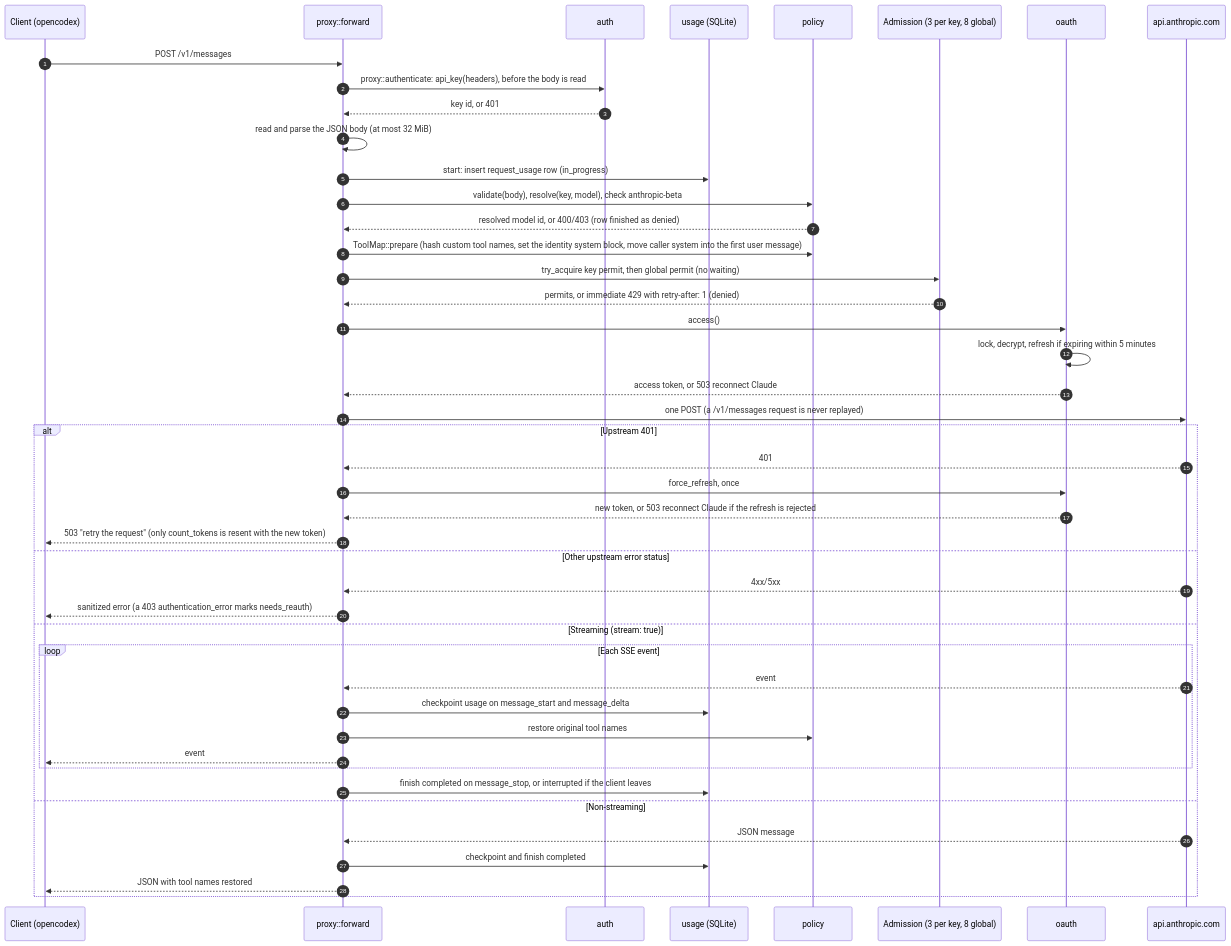
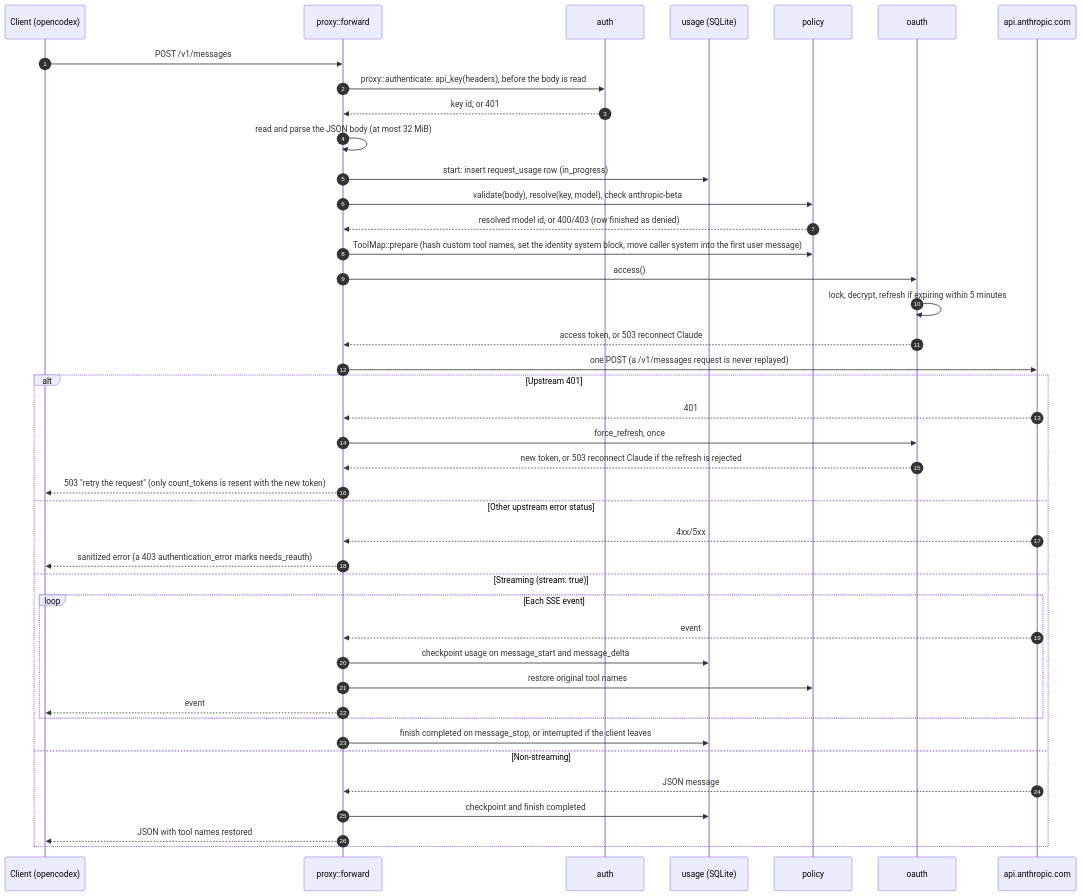
Before and after one commit to SobshDev/share_your_claude: the diagram in docs/architecture.md, drawn with Mermaid. The commit also changed other lines of this file and 9 other files, not shown here.

````diff
--- a/docs/architecture.md
+++ b/docs/architecture.md
@@ -25,48 +25,45 @@
 ```mermaid
 sequenceDiagram
     autonumber
     participant C as Client (opencodex)
     participant P as proxy::forward
     participant A as auth
     participant U as usage (SQLite)
     participant Pol as policy
-    participant S as Admission (3 per key, 8 global)
     participant O as oauth
     participant Up as api.anthropic.com
 
     C->>P: POST /v1/messages
     P->>A: proxy::authenticate: api_key(headers), before the body is read
     A-->>P: key id, or 401
     P->>P: read and parse the JSON body (at most 32 MiB)
     P->>U: start: insert request_usage row (in_progress)
     P->>Pol: validate(body), resolve(key, model), check anthropic-beta
     Pol-->>P: resolved model id, or 400/403 (row finished as denied)
     P->>Pol: ToolMap::prepare (hash custom tool names, set the identity system block, move caller system into the first user message)
-    P->>S: try_acquire key permit, then global permit (no waiting)
-    S-->>P: permits, or immediate 429 with retry-after: 1 (denied)
     P->>O: access()
     O->>O: lock, decrypt, refresh if expiring within 5 minutes
     O-->>P: access token, or 503 reconnect Claude
     P->>Up: one POST (a /v1/messages request is never replayed)
     alt Upstream 401
         Up-->>P: 401
         P->>O: force_refresh, once
         O-->>P: new token, or 503 reconnect Claude if the refresh is rejected
         P-->>C: 503 "retry the request" (only count_tokens is resent with the new token)
     else Other upstream error status
         Up-->>P: 4xx/5xx
         P-->>C: sanitized error (a 403 authentication_error marks needs_reauth)
     else Streaming (stream: true)
         loop Each SSE event
             Up-->>P: event
             P->>U: checkpoint usage on message_start and message_delta
             P->>Pol: restore original tool names
             P-->>C: event
         end
         P->>U: finish completed on message_stop, or interrupted if the client leaves
     else Non-streaming
         Up-->>P: JSON message
         P->>U: checkpoint and finish completed
         P-->>C: JSON with tool names restored
     end
 ```
````
